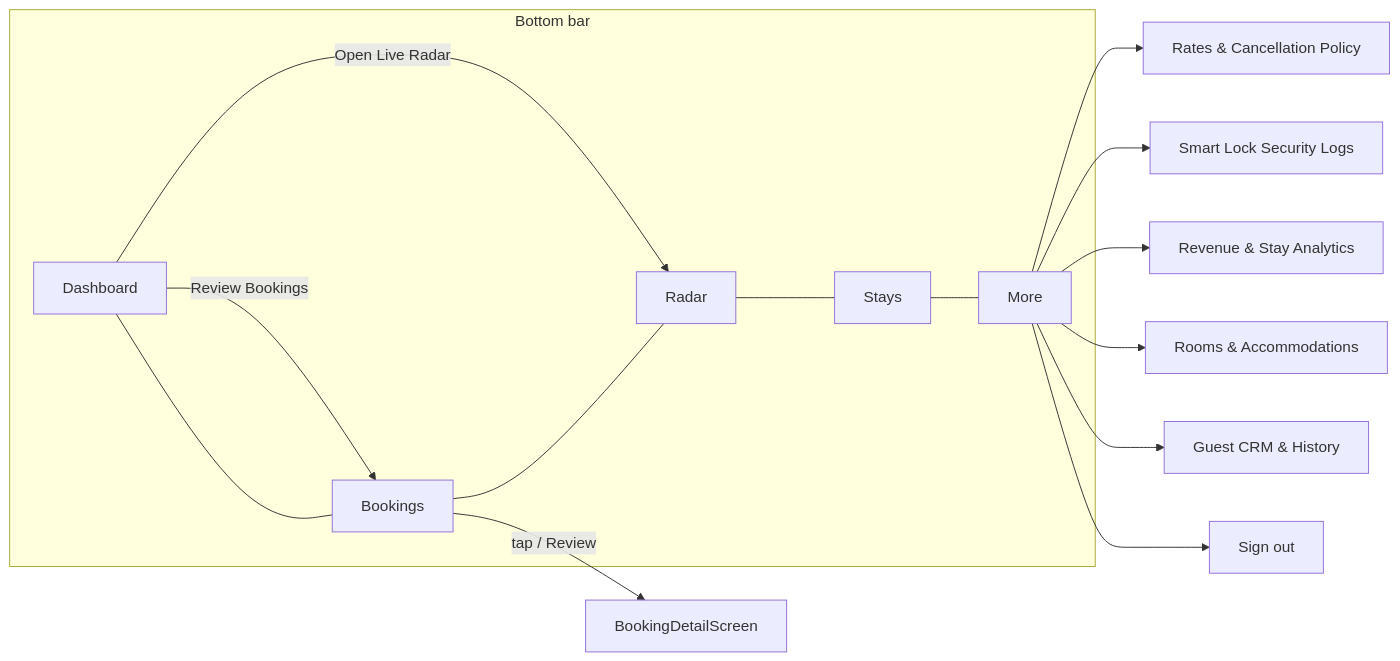
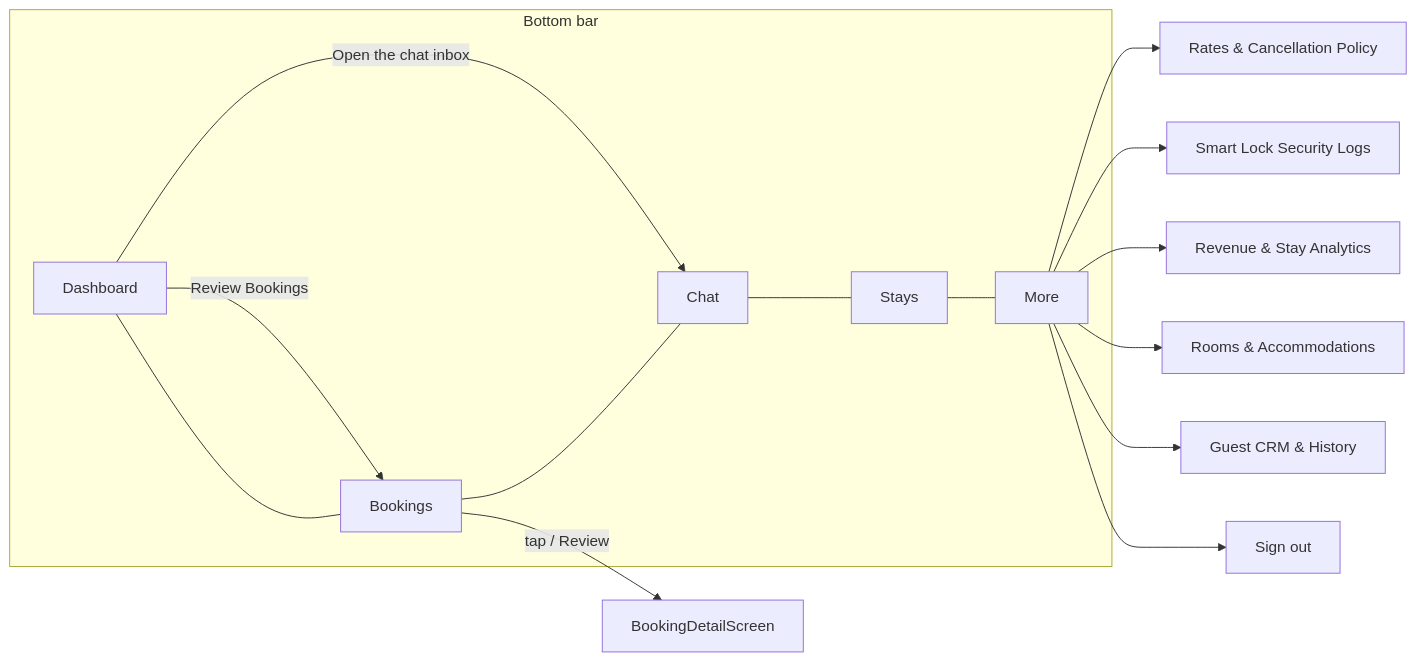
One commit to JOHN-REY-CARLO-A-GEMAO/hacienda-de-luisana changed the second of 3 diagrams in docs/FLUTTER_FLOW.md. Above: the diagram before and after it, drawn with Mermaid. The commit also changed other lines of this file and 46 other files, not shown here.

````diff
--- a/docs/FLUTTER_FLOW.md
+++ b/docs/FLUTTER_FLOW.md
@@ -33,15 +33,15 @@
 ```mermaid
 flowchart LR
     subgraph Tabs [Bottom bar]
-        T1[Dashboard] --- T2[Bookings] --- T3[Radar] --- T4[Stays] --- T5[More]
+        T1[Dashboard] --- T2[Bookings] --- T3[Chat] --- T4[Stays] --- T5[More]
     end
     T5 --> M1[Rates & Cancellation Policy]
     T5 --> M2[Smart Lock Security Logs]
     T5 --> M3[Revenue & Stay Analytics]
     T5 --> M4[Rooms & Accommodations]
     T5 --> M5[Guest CRM & History]
     T5 --> M6[Sign out]
     T1 -->|Review Bookings| T2
-    T1 -->|Open Live Radar| T3
+    T1 -->|Open the chat inbox| T3
     T2 -->|tap / Review| D[BookingDetailScreen]
 ```
````
